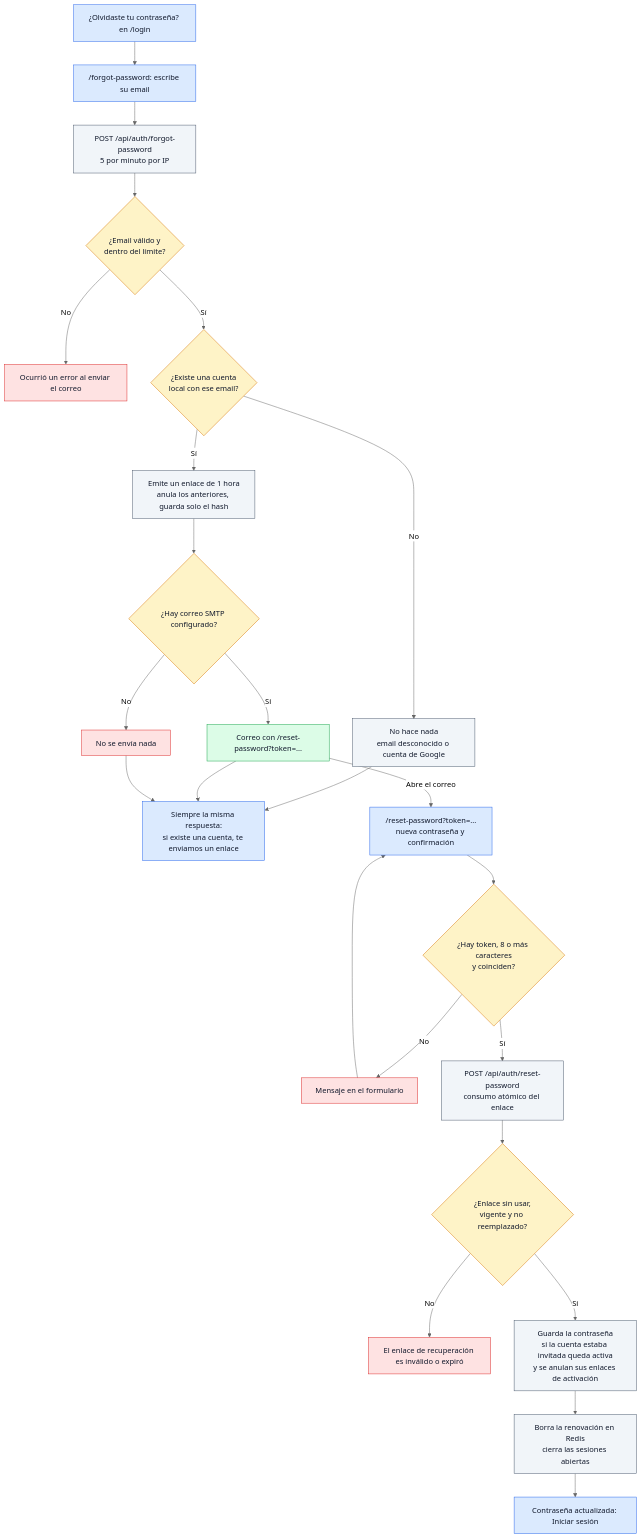
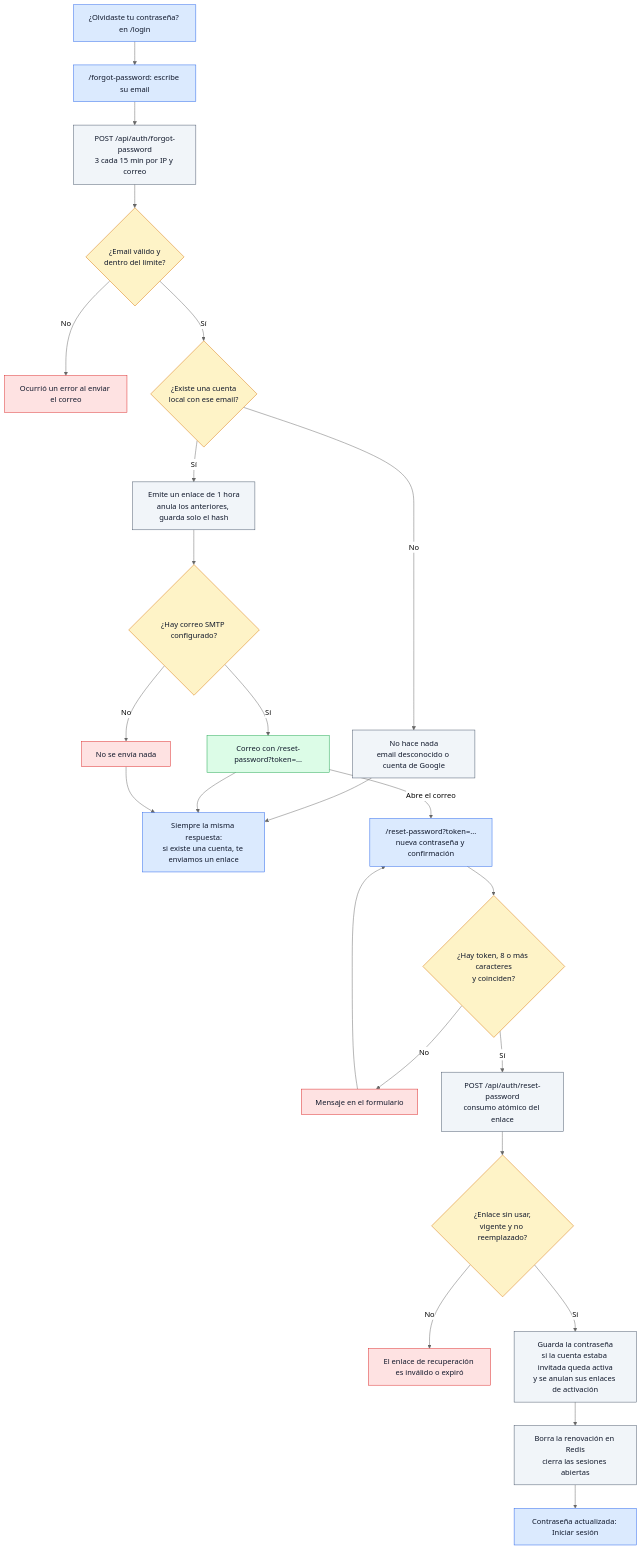
The ninth of 18 diagrams in docs/wiki/Doc-14-1-Flujos-de-Negocio.md (ronalc90/koptup), drawn with Mermaid (neutral theme) before and after one commit. The commit also changed other lines of this file and 116 other files, not shown here.

````diff
--- a/docs/wiki/Doc-14-1-Flujos-de-Negocio.md
+++ b/docs/wiki/Doc-14-1-Flujos-de-Negocio.md
@@ -525,45 +525,45 @@
 ```mermaid
 flowchart TD
     classDef visitante fill:#dbeafe,stroke:#2563eb,color:#0f172a
     classDef sistema fill:#f1f5f9,stroke:#475569,color:#0f172a
     classDef admin fill:#f3e8ff,stroke:#9333ea,color:#0f172a
     classDef aviso fill:#dcfce7,stroke:#16a34a,color:#0f172a
     classDef decision fill:#fef3c7,stroke:#d97706,color:#0f172a
     classDef error fill:#fee2e2,stroke:#dc2626,color:#0f172a
     classDef externo fill:#fdf4ff,stroke:#c026d3,color:#0f172a
 
     F0["¿Olvidaste tu contraseña? en /login"]:::visitante
     F1["/forgot-password: escribe su email"]:::visitante
-    P1["POST /api/auth/forgot-password<br/>5 por minuto por IP"]:::sistema
+    P1["POST /api/auth/forgot-password<br/>3 cada 15 min por IP y correo"]:::sistema
     Q1{"¿Email válido y<br/>dentro del límite?"}:::decision
     E1["Ocurrió un error al enviar el correo"]:::error
     Q2{"¿Existe una cuenta<br/>local con ese email?"}:::decision
     NO["No hace nada<br/>email desconocido o cuenta de Google"]:::sistema
     T1["Emite un enlace de 1 hora<br/>anula los anteriores, guarda solo el hash"]:::sistema
     Q3{"¿Hay correo SMTP configurado?"}:::decision
     M1["Correo con /reset-password?token=..."]:::aviso
     M0["No se envía nada"]:::error
     G1["Siempre la misma respuesta:<br/>si existe una cuenta, te enviamos un enlace"]:::visitante
     R1["/reset-password?token=...<br/>nueva contraseña y confirmación"]:::visitante
     Q4{"¿Hay token, 8 o más caracteres<br/>y coinciden?"}:::decision
     E4["Mensaje en el formulario"]:::error
     P2["POST /api/auth/reset-password<br/>consumo atómico del enlace"]:::sistema
     Q5{"¿Enlace sin usar,<br/>vigente y no reemplazado?"}:::decision
     E5["El enlace de recuperación es inválido o expiró"]:::error
     S1["Guarda la contraseña<br/>si la cuenta estaba invitada queda activa<br/>y se anulan sus enlaces de activación"]:::sistema
     S2["Borra la renovación en Redis<br/>cierra las sesiones abiertas"]:::sistema
     OK["Contraseña actualizada: Iniciar sesión"]:::visitante
 
     F0 --> F1 --> P1 --> Q1
     Q1 -->|No| E1
     Q1 -->|Sí| Q2
     Q2 -->|No| NO --> G1
     Q2 -->|Sí| T1 --> Q3
     Q3 -->|Sí| M1 --> G1
     Q3 -->|No| M0 --> G1
     M1 -->|Abre el correo| R1 --> Q4
     Q4 -->|No| E4 --> R1
     Q4 -->|Sí| P2 --> Q5
     Q5 -->|No| E5
     Q5 -->|Sí| S1 --> S2 --> OK
 ```
````
